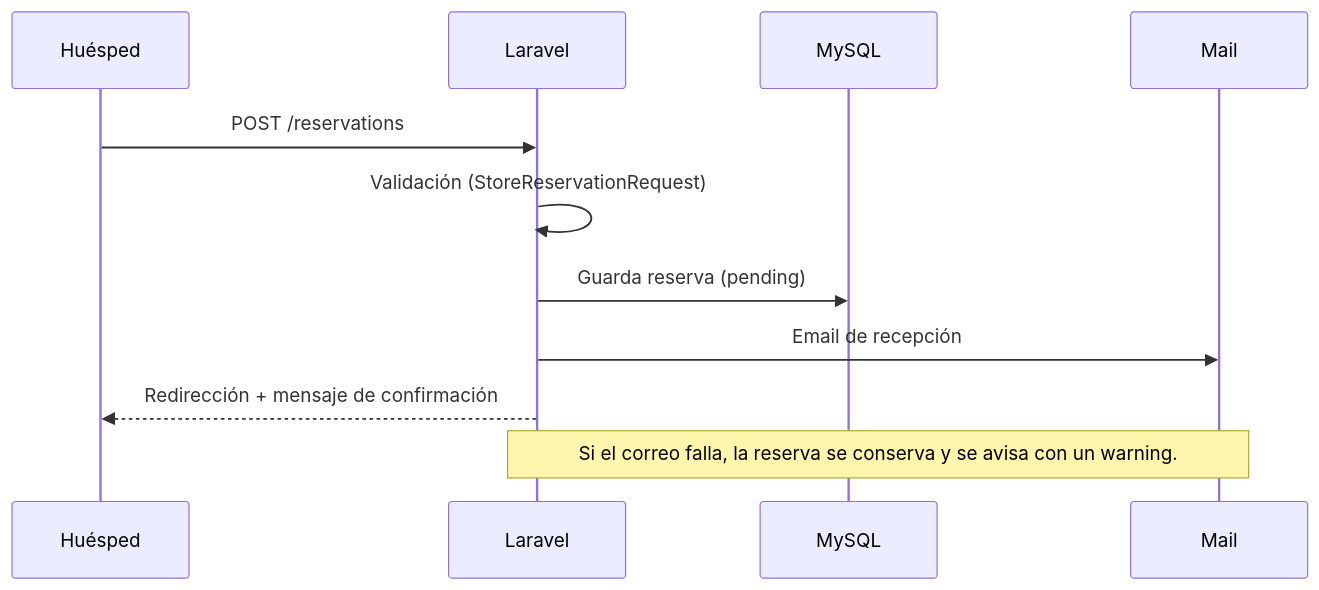
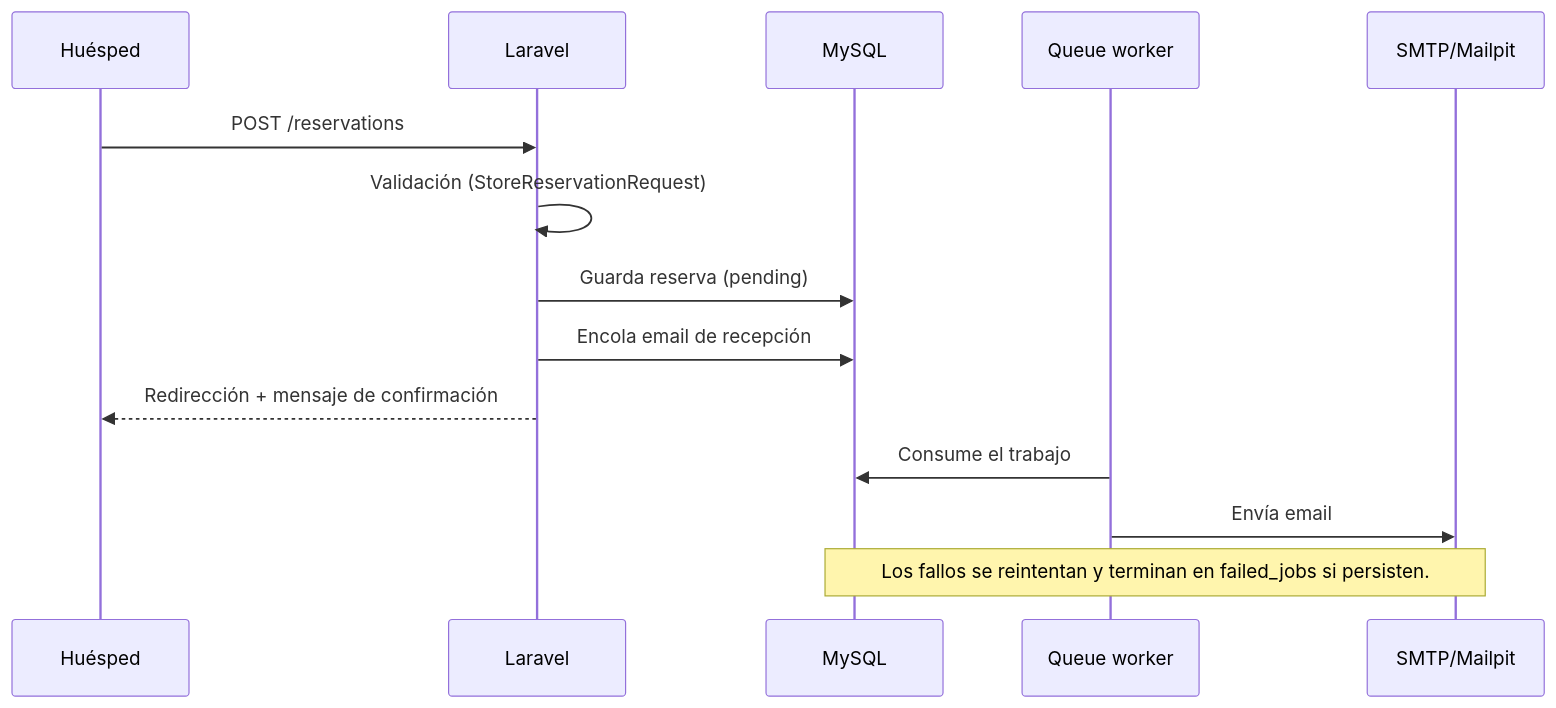
The third of 3 diagrams in README.md (Sergi-Virgili/CanCruzWeb), drawn with Mermaid before and after one commit. The commit also changed other lines of this file and 15 other files, not shown here.

````diff
--- a/README.md
+++ b/README.md
@@ -106,13 +107,16 @@
 ```mermaid
 sequenceDiagram
     participant H as Huésped
     participant L as Laravel
     participant D as MySQL
-    participant M as Mail
+    participant Q as Queue worker
+    participant M as SMTP/Mailpit
     H->>L: POST /reservations
     L->>L: Validación (StoreReservationRequest)
     L->>D: Guarda reserva (pending)
-    L->>M: Email de recepción
+    L->>D: Encola email de recepción
     L-->>H: Redirección + mensaje de confirmación
-    Note over L,M: Si el correo falla, la reserva se conserva y se avisa con un warning.
+    Q->>D: Consume el trabajo
+    Q->>M: Envía email
+    Note over D,M: Los fallos se reintentan y terminan en failed_jobs si persisten.
 ```
````
